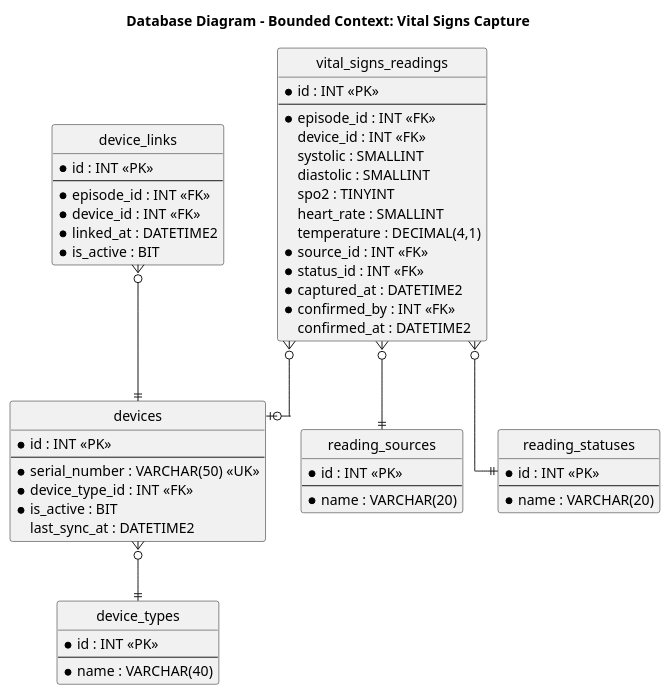
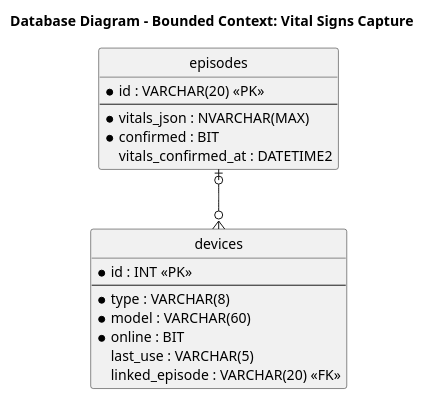
The diagram in report/assets/plantuml/erd_vitals.puml (upc-pre-1ASI0730-2620-8155-SoliDevs/project-report), drawn with PlantUML before and after one commit. The commit also changed 11 other files, not shown here.

First line of the commit message:
docs(report): align class and database diagrams with implemented model

```diff
--- a/report/assets/plantuml/erd_vitals.puml
+++ b/report/assets/plantuml/erd_vitals.puml
@@ -1,58 +1,23 @@
 @startuml
 title Database Diagram - Bounded Context: Vital Signs Capture
 hide circle
 skinparam linetype ortho
 
-entity "vital_signs_readings" as readings {
-  * id : INT <<PK>>
+entity "episodes" as episodes {
+  * id : VARCHAR(20) <<PK>>
   --
-  * episode_id : INT <<FK>>
-  device_id : INT <<FK>>
-  systolic : SMALLINT
-  diastolic : SMALLINT
-  spo2 : TINYINT
-  heart_rate : SMALLINT
-  temperature : DECIMAL(4,1)
-  * source_id : INT <<FK>>
-  * status_id : INT <<FK>>
-  * captured_at : DATETIME2
-  * confirmed_by : INT <<FK>>
-  confirmed_at : DATETIME2
+  * vitals_json : NVARCHAR(MAX)
+  * confirmed : BIT
+  vitals_confirmed_at : DATETIME2
 }
 entity "devices" as devices {
   * id : INT <<PK>>
   --
-  * serial_number : VARCHAR(50) <<UK>>
-  * device_type_id : INT <<FK>>
-  * is_active : BIT
-  last_sync_at : DATETIME2
+  * type : VARCHAR(8)
+  * model : VARCHAR(60)
+  * online : BIT
+  last_use : VARCHAR(5)
+  linked_episode : VARCHAR(20) <<FK>>
 }
-entity "device_types" as dtypes {
-  * id : INT <<PK>>
-  --
-  * name : VARCHAR(40)
-}
-entity "device_links" as links {
-  * id : INT <<PK>>
-  --
-  * episode_id : INT <<FK>>
-  * device_id : INT <<FK>>
-  * linked_at : DATETIME2
-  * is_active : BIT
-}
-entity "reading_sources" as rsrc {
-  * id : INT <<PK>>
-  --
-  * name : VARCHAR(20)
-}
-entity "reading_statuses" as rstat {
-  * id : INT <<PK>>
-  --
-  * name : VARCHAR(20)
-}
-readings }o--|| rsrc
-readings }o--|| rstat
-readings }o--o| devices
-devices }o--|| dtypes
-links }o--|| devices
+episodes |o--o{ devices
 @enduml
```
